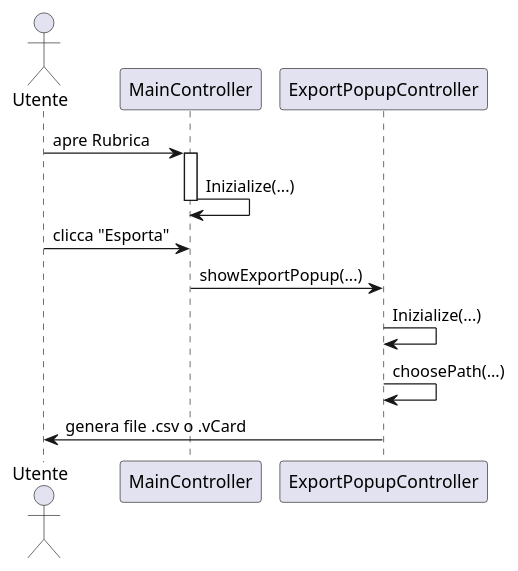
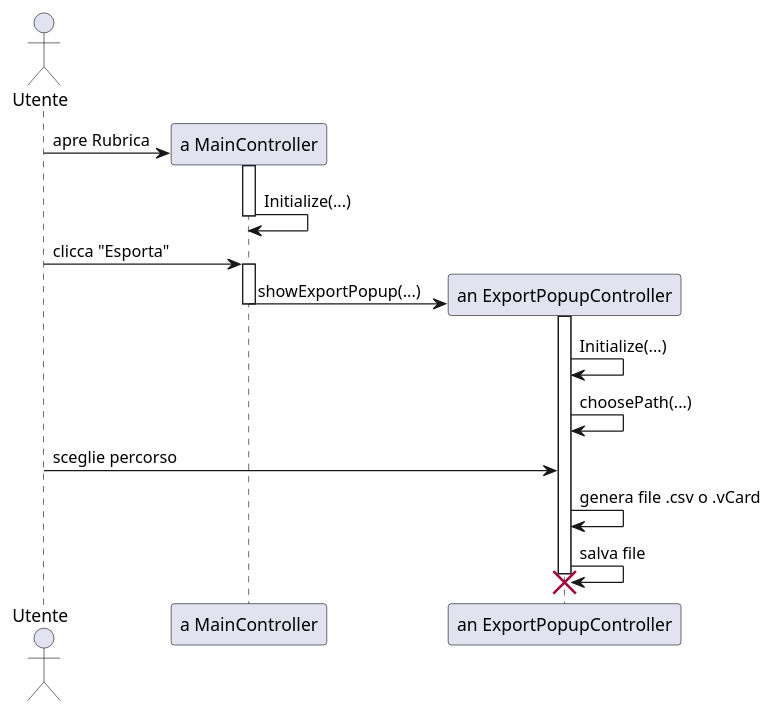
The diagram in documenti/diagrammaSequenzaC6EsportareRubrica.puml (savaava/ProgettoRubrica), drawn with PlantUML before and after one commit. The commit also changed 1 other file, not shown here.

Commit message:
aggiunta diagrammi

```diff
--- a/documenti/diagrammaSequenzaC6EsportareRubrica.puml
+++ b/documenti/diagrammaSequenzaC6EsportareRubrica.puml
@@ -1,15 +1,21 @@
 @startuml
 actor Utente
-participant MainController
-participant ExportPopupController
+participant "a MainController" as MC
+participant "an ExportPopupController" as EPC
 
-Utente -> MainController : apre Rubrica
-activate MainController
-MainController -> MainController : Inizialize(...)
-deactivate MainController
-Utente -> MainController : clicca "Esporta"
-MainController -> ExportPopupController : showExportPopup(...)
-ExportPopupController -> ExportPopupController : Inizialize(...)
-ExportPopupController -> ExportPopupController : choosePath(...)
-ExportPopupController -> Utente : genera file .csv o .vCard
+Utente -> MC ** : apre Rubrica
+activate MC
+MC -> MC : Initialize(...)
+deactivate MC
+Utente -> MC : clicca "Esporta"
+activate MC
+MC -> EPC ** : showExportPopup(...)
+deactivate MC
+activate EPC
+EPC -> EPC : Initialize(...)
+EPC -> EPC : choosePath(...)
+Utente -> EPC : sceglie percorso
+EPC -> EPC : genera file .csv o .vCard
+EPC -> EPC : salva file
+destroy EPC
 @enduml
```
